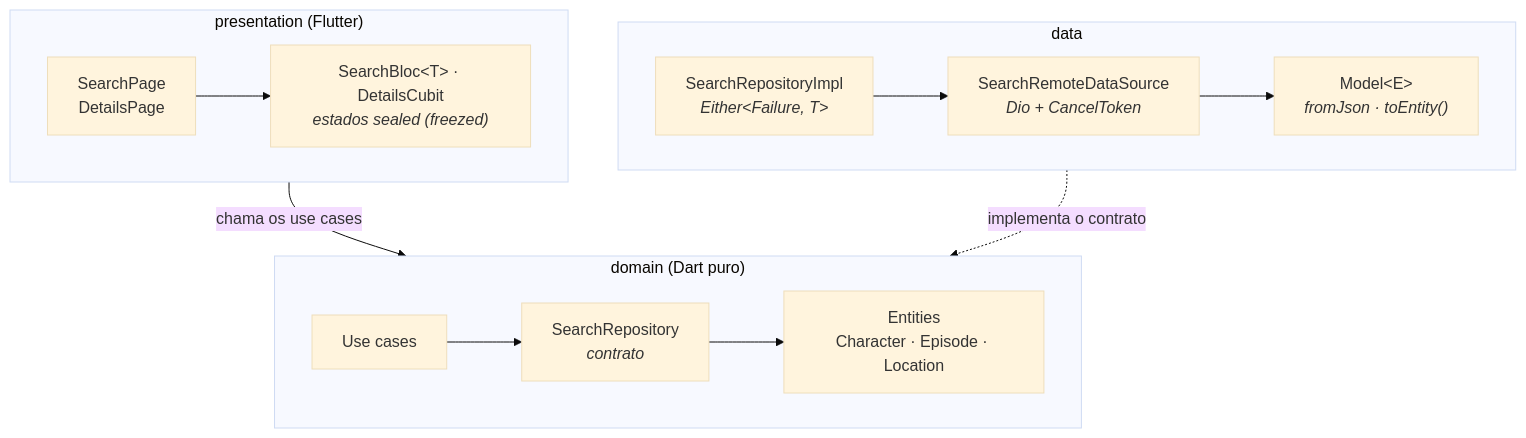
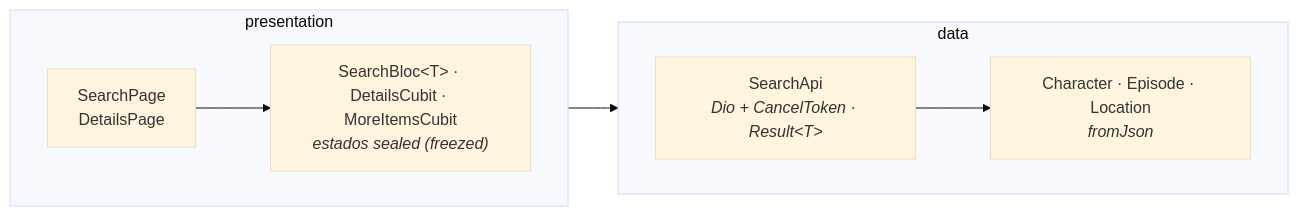
The second of 2 diagrams in README.md (cleberson-lima/rick_and_morty_app), drawn with Mermaid (base theme) before and after one commit. The commit also changed other lines of this file and 72 other files, not shown here.

First line of the commit message:
refactor: drop the domain layer and replace Either with Result

````diff
--- a/README.md
+++ b/README.md
@@ -143,19 +143,12 @@
 ```mermaid
-flowchart TB
-    subgraph presentation["presentation (Flutter)"]
+flowchart LR
+    subgraph presentation["presentation"]
         direction LR
-        page["SearchPage<br/>DetailsPage"] --> bloc["SearchBloc#lt;T#gt; · DetailsCubit<br/><i>estados sealed (freezed)</i>"]
-    end
-    subgraph domain["domain (Dart puro)"]
-        direction LR
-        usecase["Use cases"] --> contract["SearchRepository<br/><i>contrato</i>"]
-        contract --> entity["Entities<br/>Character · Episode · Location"]
+        page["SearchPage<br/>DetailsPage"] --> bloc["SearchBloc#lt;T#gt; · DetailsCubit · MoreItemsCubit<br/><i>estados sealed (freezed)</i>"]
     end
     subgraph data["data"]
         direction LR
-        impl["SearchRepositoryImpl<br/><i>Either#lt;Failure, T#gt;</i>"] --> source["SearchRemoteDataSource<br/><i>Dio + CancelToken</i>"]
-        source --> model["Model#lt;E#gt;<br/><i>fromJson · toEntity()</i>"]
+        searchApi["SearchApi<br/><i>Dio + CancelToken · Result#lt;T#gt;</i>"] --> model["Character · Episode · Location<br/><i>fromJson</i>"]
     end
-    presentation -- chama os use cases --> domain
-    data -. implementa o contrato .-> domain
+    bloc --> searchApi
 ```
````
